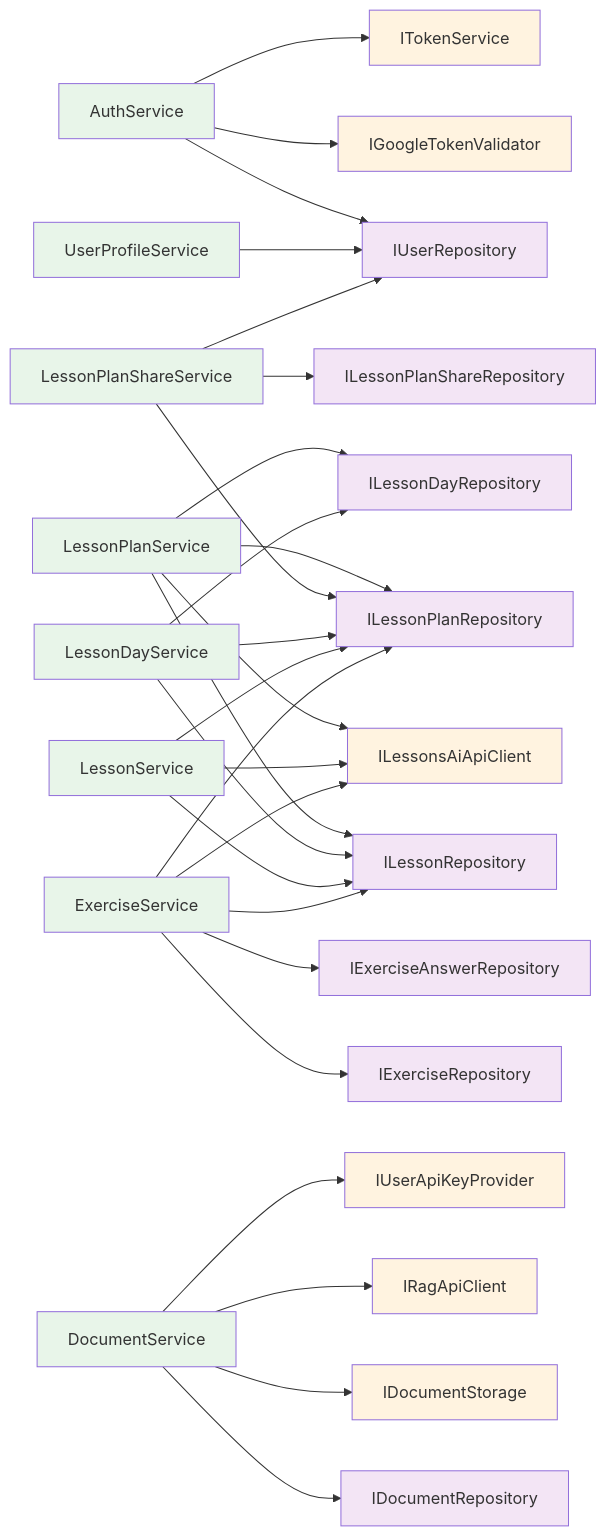
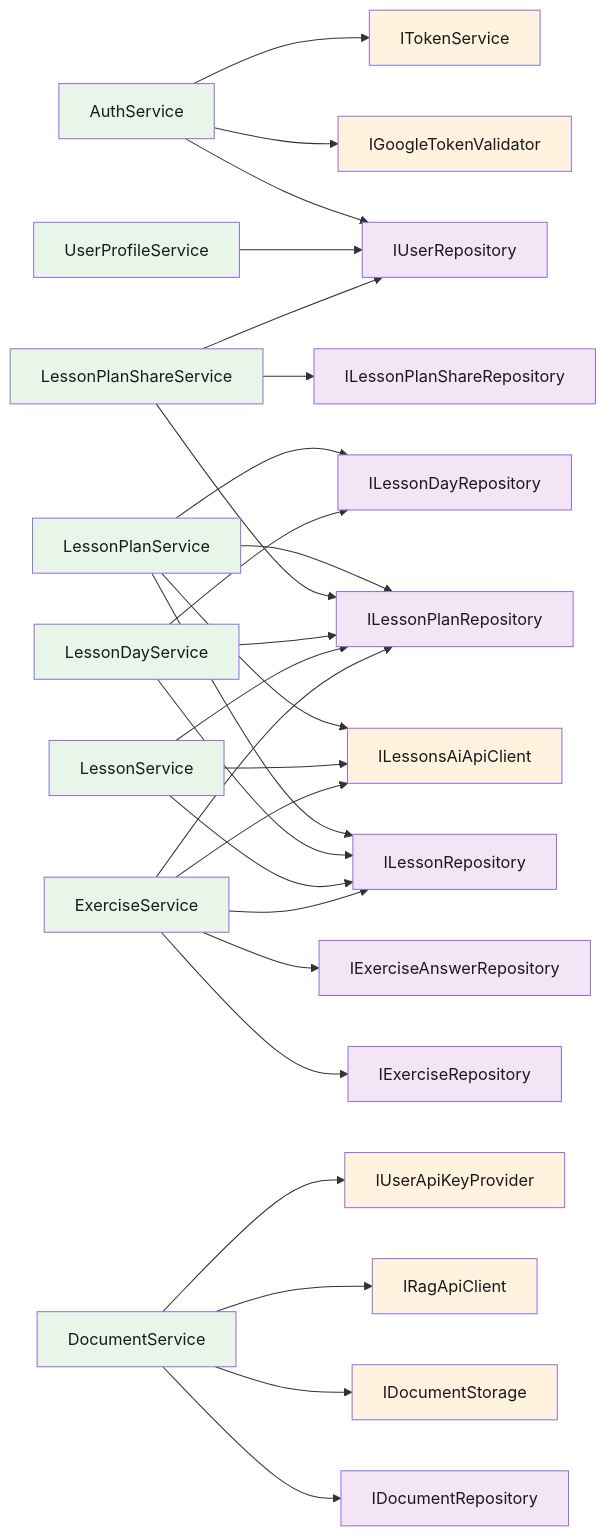
Before and after one commit to Dockdep/LessonHub: the third of 3 diagrams in diagrams/backend/03-application-layer.md, drawn with Mermaid. The commit also changed 26 other files, not shown here.

````diff
--- a/diagrams/backend/03-application-layer.md
+++ b/diagrams/backend/03-application-layer.md
@@ -137,65 +137,65 @@
 ```mermaid
 flowchart LR
-  classDef svc fill:#e8f5e9
-  classDef repo fill:#f3e5f5
-  classDef ext fill:#fff3e0
+  classDef svc fill:#e8f5e9,color:#1a1a1a
+  classDef repo fill:#f3e5f5,color:#1a1a1a
+  classDef ext fill:#fff3e0,color:#1a1a1a
 
   as[AuthService]:::svc
   ups[UserProfileService]:::svc
   lps[LessonPlanService]:::svc
   lpss[LessonPlanShareService]:::svc
   lds[LessonDayService]:::svc
   ls[LessonService]:::svc
   es[ExerciseService]:::svc
   ds[DocumentService]:::svc
 
   ur[IUserRepository]:::repo
   lpr[ILessonPlanRepository]:::repo
   lr[ILessonRepository]:::repo
   ldr[ILessonDayRepository]:::repo
   lsr[ILessonPlanShareRepository]:::repo
   dr[IDocumentRepository]:::repo
   er[IExerciseRepository]:::repo
   ear[IExerciseAnswerRepository]:::repo
 
   gtv[IGoogleTokenValidator]:::ext
   ts[ITokenService]:::ext
   ai[ILessonsAiApiClient]:::ext
   rag[IRagApiClient]:::ext
   storage[IDocumentStorage]:::ext
   ukp[IUserApiKeyProvider]:::ext
 
   as --> ur
   as --> gtv
   as --> ts
 
   ups --> ur
 
   lps --> lpr
   lps --> lr
   lps --> ldr
   lps --> ai
 
   lpss --> lsr
   lpss --> lpr
   lpss --> ur
 
   lds --> lpr
   lds --> lr
   lds --> ldr
 
   ls --> lr
   ls --> lpr
   ls --> ai
 
   es --> lr
   es --> lpr
   es --> er
   es --> ear
   es --> ai
 
   ds --> dr
   ds --> storage
   ds --> rag
   ds --> ukp
 ```
````
